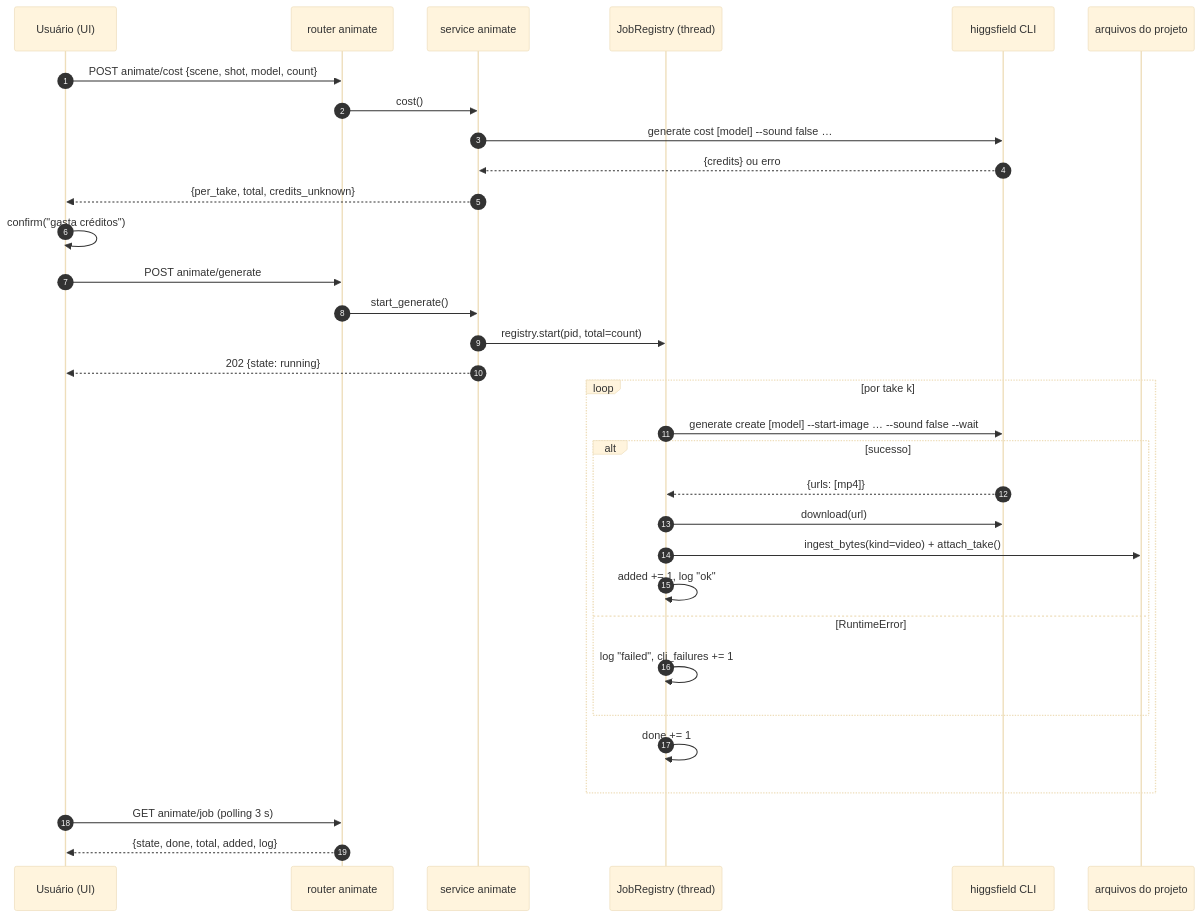
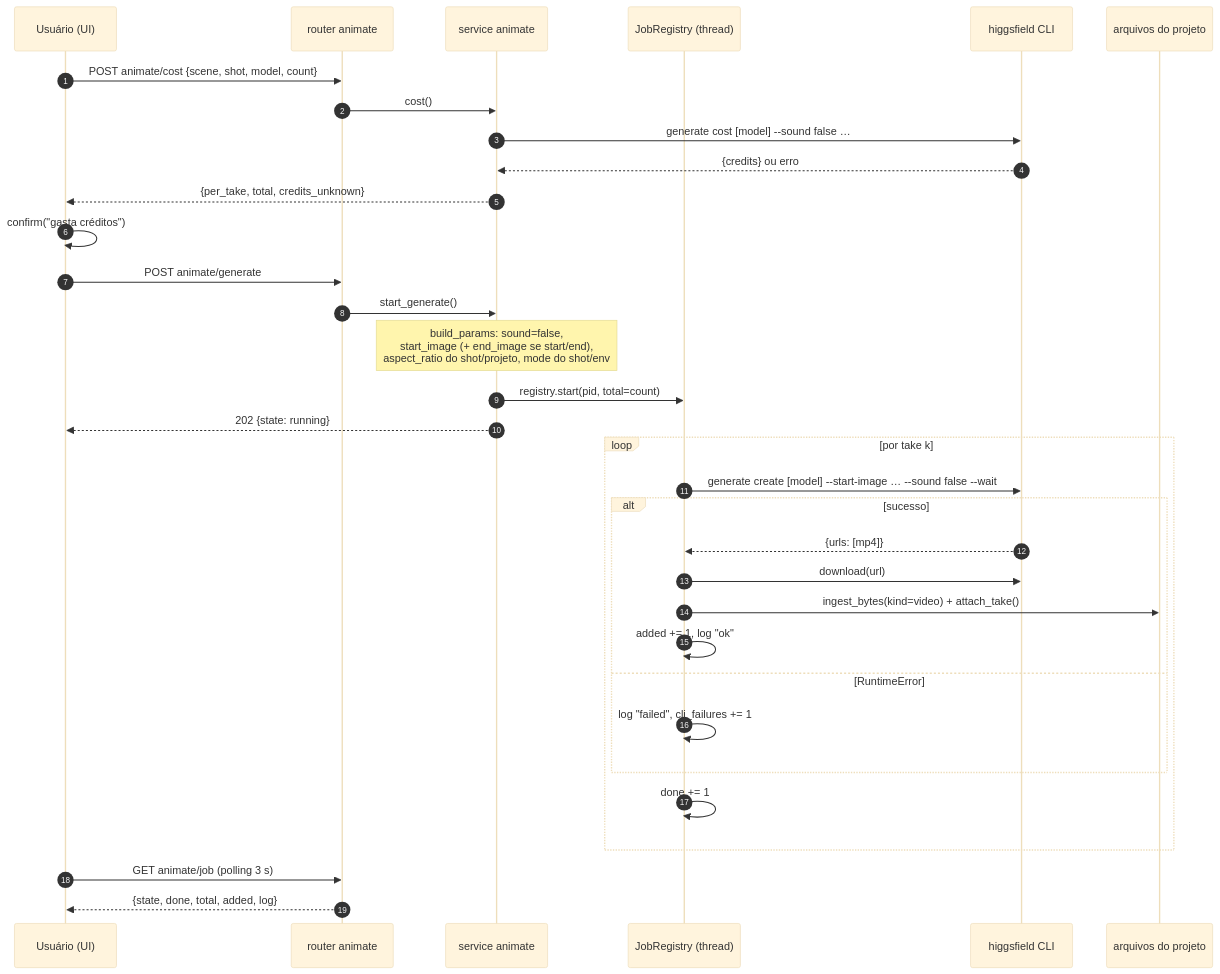
One commit to Arthur-Diego/orquestrador-studio changed the third of 4 diagrams in docs/domains/animate/diagrams/mermaid/animate-fluxo.md. Above: the diagram before and after it, drawn with Mermaid (base theme). The commit also changed other lines of this file and 3 other files, not shown here.

First line of the commit message:
[OS-017] Docs da etapa 6: FDD 0.2.0, HLD 1.1, diagramas e Postman

````diff
--- a/docs/domains/animate/diagrams/mermaid/animate-fluxo.md
+++ b/docs/domains/animate/diagrams/mermaid/animate-fluxo.md
@@ -65,35 +71,36 @@
 ```mermaid
 sequenceDiagram
     autonumber
     participant U as Usuário (UI)
     participant R as router animate
     participant S as service animate
     participant J as JobRegistry (thread)
     participant H as higgsfield CLI
     participant F as arquivos do projeto
 
     U->>R: POST animate/cost {scene, shot, model, count}
     R->>S: cost()
     S->>H: generate cost [model] --sound false …
     H-->>S: {credits} ou erro
     S-->>U: {per_take, total, credits_unknown}
     U->>U: confirm("gasta créditos")
     U->>R: POST animate/generate
     R->>S: start_generate()
+    Note over S: build_params: sound=false,<br/>start_image (+ end_image se start/end),<br/>aspect_ratio do shot/projeto, mode do shot/env
     S->>J: registry.start(pid, total=count)
     S-->>U: 202 {state: running}
     loop por take k
         J->>H: generate create [model] --start-image … --sound false --wait
         alt sucesso
             H-->>J: {urls: [mp4]}
             J->>H: download(url)
             J->>F: ingest_bytes(kind=video) + attach_take()
             J->>J: added += 1, log "ok"
         else RuntimeError
             J->>J: log "failed", cli_failures += 1
         end
         J->>J: done += 1
     end
     U->>R: GET animate/job (polling 3 s)
     R-->>U: {state, done, total, added, log}
 ```
````
